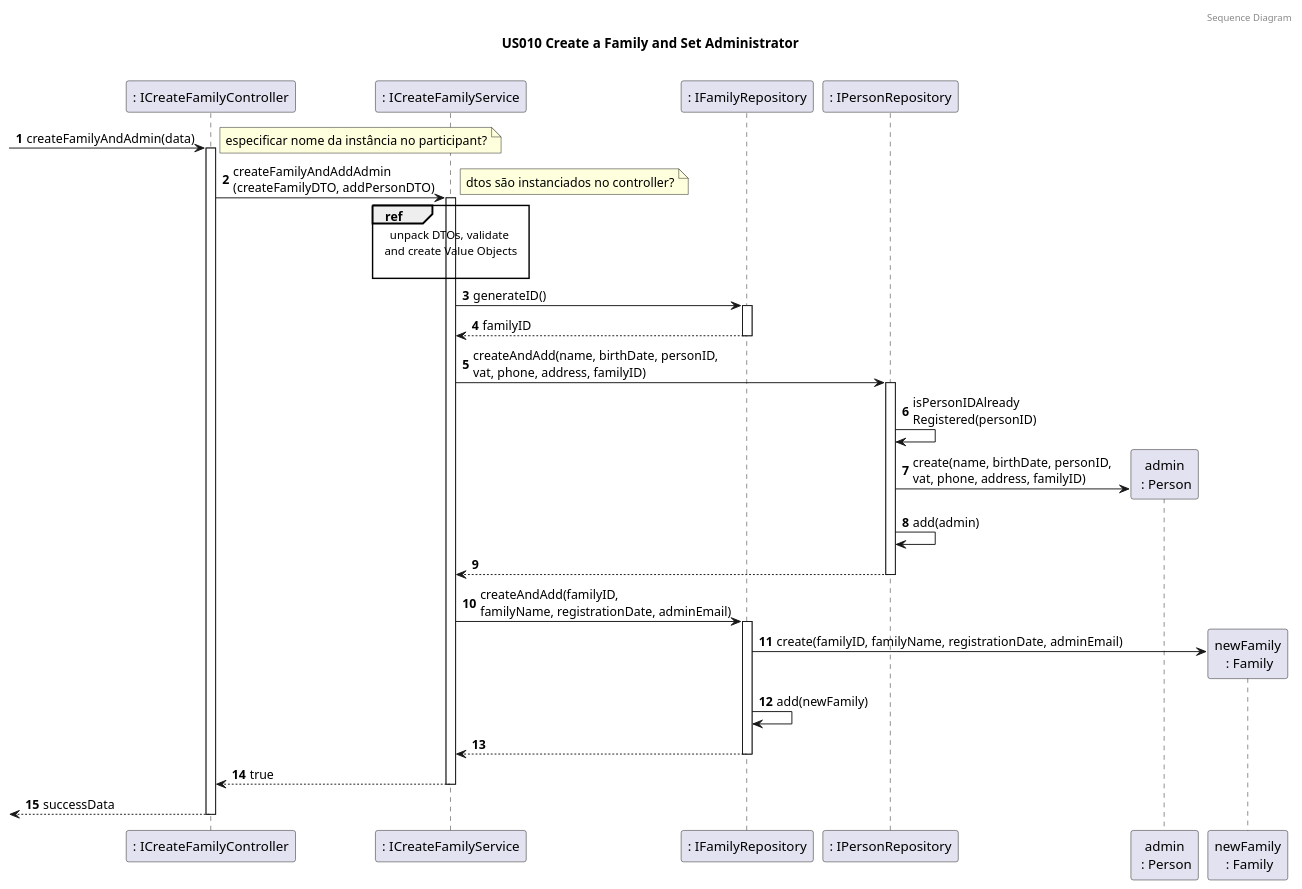
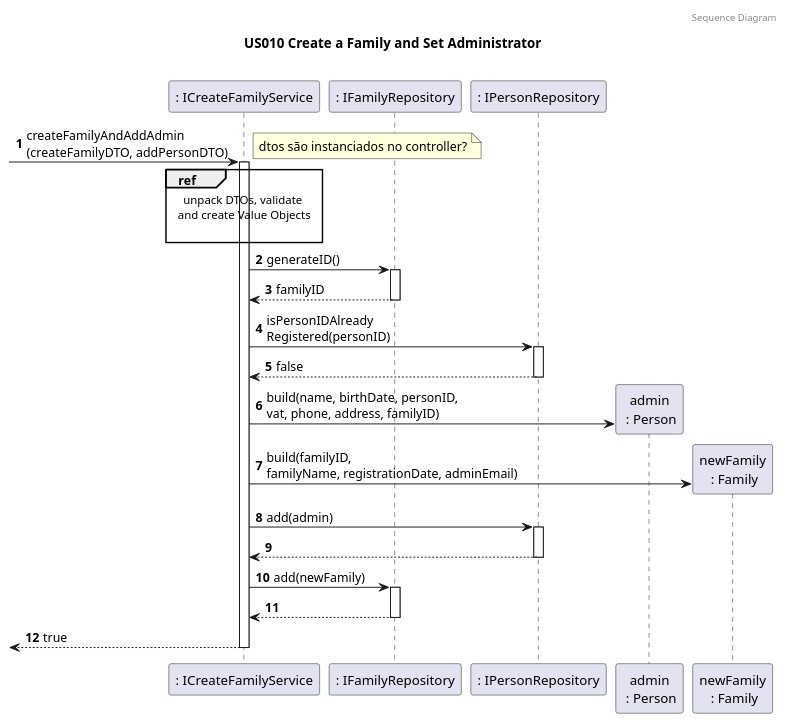
One commit to tomas-osswald/switch_2020_g3 changed the third of 5 diagrams in docs/sprint4/user_stories/US010_CreateAFamilyAndSetAdministrator.md. Above: the diagram before and after it, drawn with PlantUML. The commit also changed 3 other files, not shown here.

`````diff
--- a/docs/sprint4/user_stories/US010_CreateAFamilyAndSetAdministrator.md
+++ b/docs/sprint4/user_stories/US010_CreateAFamilyAndSetAdministrator.md
@@ -120,55 +120,51 @@
 ````puml
 @startuml
 
 autonumber
 header Sequence Diagram
 title US010 Create a Family and Set Administrator
 
-participant ": ICreateFamilyController" as controller
+
 participant ": ICreateFamilyService" as FamAdminService
 participant ": IFamilyRepository" as familyRepository
 participant ": IPersonRepository" as personRepository
 participant "admin\n : Person" as admin
 participant "newFamily\n : Family" as newFamily
 
 
--> controller : createFamilyAndAdmin(data)
-activate controller
+
 
 note left: especificar nome da instância no participant?
 
-controller -> FamAdminService : createFamilyAndAddAdmin\n(createFamilyDTO, addPersonDTO)
+ -> FamAdminService : createFamilyAndAddAdmin\n(createFamilyDTO, addPersonDTO)
 activate FamAdminService
 
 note right: dtos são instanciados no controller?
 
 ref over FamAdminService
 unpack DTOs, validate 
 and create Value Objects
 
 end ref
 
 FamAdminService -> familyRepository : generateID()
 activate familyRepository
 return familyID
+FamAdminService -> personRepository: isPersonIDAlready\nRegistered(personID)
+activate personRepository
+return false
+FamAdminService -> admin** : build(name, birthDate, personID, \nvat, phone, address, familyID)
 
-FamAdminService -> personRepository : createAndAdd(name, birthDate, personID, \nvat, phone, address, familyID)
+FamAdminService -> newFamily**: build(familyID, \nfamilyName, registrationDate, adminEmail)
+
+FamAdminService -> personRepository: add(admin)
 activate personRepository
-personRepository -> personRepository : isPersonIDAlready\nRegistered(personID)
-personRepository -> admin** : create(name, birthDate, personID, \nvat, phone, address, familyID)
-personRepository -> personRepository : add(admin)
-return
-
-FamAdminService -> familyRepository : createAndAdd(familyID, \nfamilyName, registrationDate, adminEmail)
+return 
+FamAdminService -> familyRepository: add(newFamily)
 activate familyRepository
-
-familyRepository -> newFamily** : create(familyID, familyName, registrationDate, adminEmail)
-familyRepository -> familyRepository : add(newFamily)
-return
-
+return 
 return true
-
-return successData
+ 
 
 @enduml
 ````
`````
